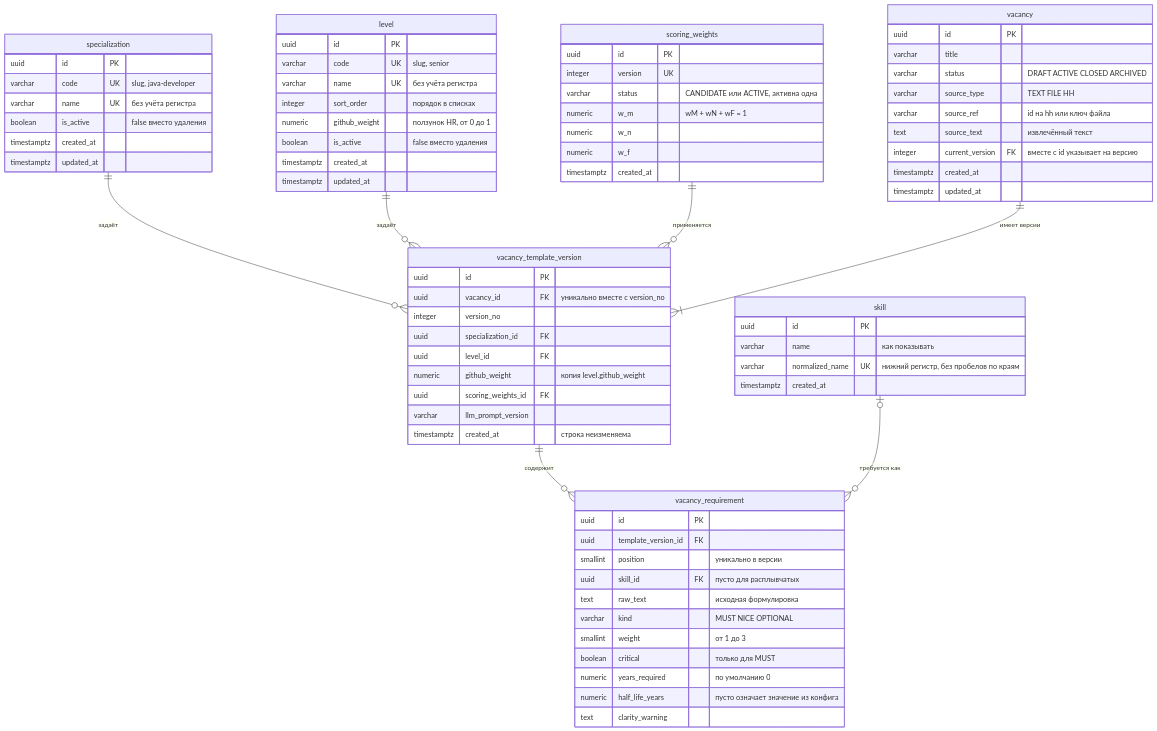
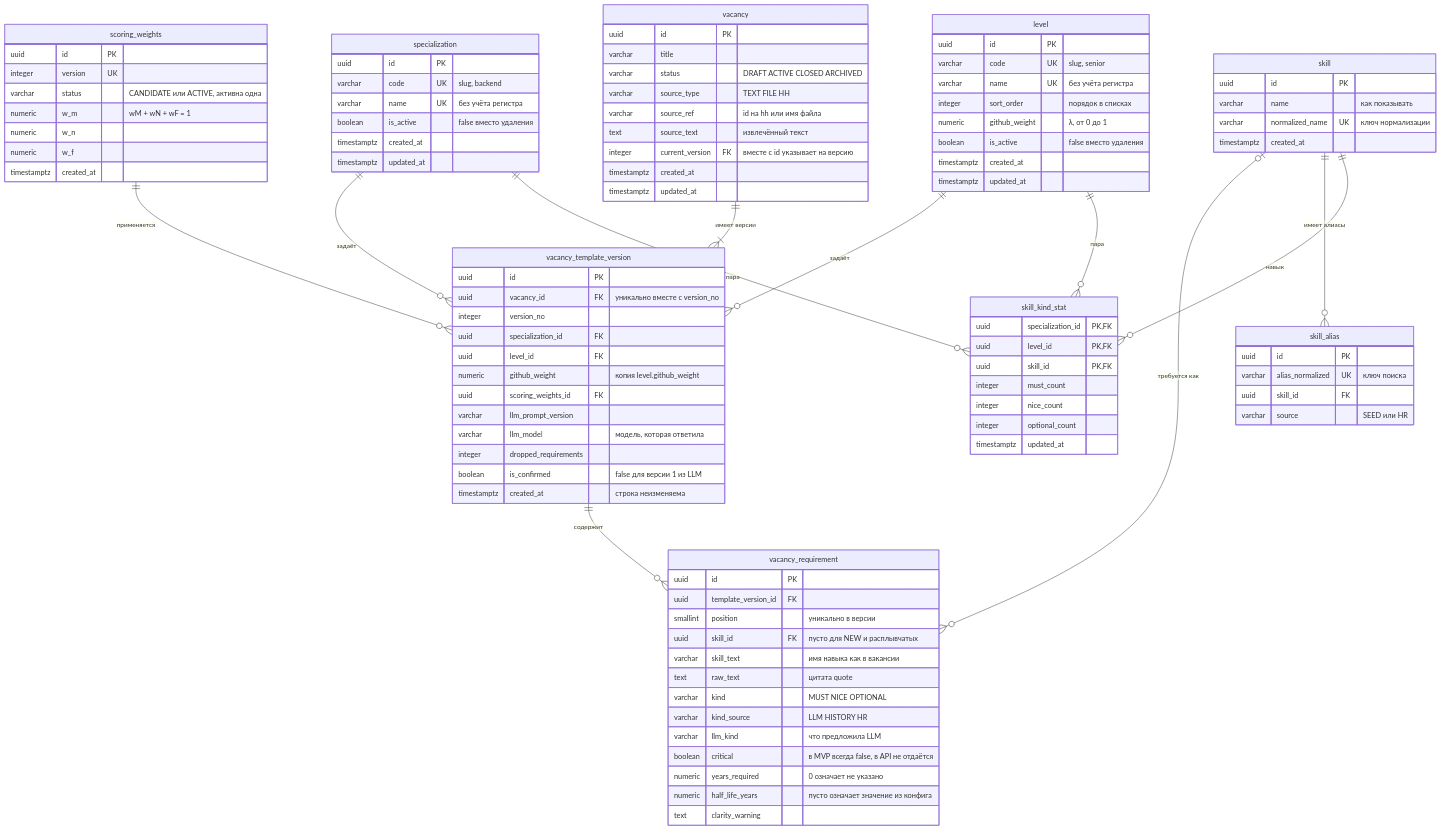
Before and after one commit to MiZentUi/tracing_ats: the diagram in docs/vacancy-data-model.md, drawn with Mermaid. The commit also changed other lines of this file and 137 other files, not shown here.

First line of the commit message:
feat(vacancy-service)!: добавить MVP шаблона вакансии с типами навыков

```diff
--- a/docs/vacancy-data-model.md
+++ b/docs/vacancy-data-model.md
@@ -14,10 +16,14 @@
     vacancy ||--|{ vacancy_template_version : "имеет версии"
     vacancy_template_version ||--o{ vacancy_requirement : "содержит"
     skill |o--o{ vacancy_requirement : "требуется как"
+    skill ||--o{ skill_alias : "имеет алиасы"
+    specialization ||--o{ skill_kind_stat : "пара"
+    level ||--o{ skill_kind_stat : "пара"
+    skill ||--o{ skill_kind_stat : "навык"
 
     specialization {
         uuid id PK
-        varchar code UK "slug, java-developer"
+        varchar code UK "slug, backend"
         varchar name UK "без учёта регистра"
         boolean is_active "false вместо удаления"
         timestamptz created_at
@@ -29,7 +35,7 @@
         varchar code UK "slug, senior"
         varchar name UK "без учёта регистра"
         integer sort_order "порядок в списках"
-        numeric github_weight "ползунок HR, от 0 до 1"
+        numeric github_weight "λ, от 0 до 1"
         boolean is_active "false вместо удаления"
         timestamptz created_at
         timestamptz updated_at
@@ -48,8 +54,25 @@
     skill {
         uuid id PK
         varchar name "как показывать"
-        varchar normalized_name UK "нижний регистр, без пробелов по краям"
+        varchar normalized_name UK "ключ нормализации"
         timestamptz created_at
+    }
+
+    skill_alias {
+        uuid id PK
+        varchar alias_normalized UK "ключ поиска"
+        uuid skill_id FK
+        varchar source "SEED или HR"
+    }
+
+    skill_kind_stat {
+        uuid specialization_id PK,FK
+        uuid level_id PK,FK
+        uuid skill_id PK,FK
+        integer must_count
+        integer nice_count
+        integer optional_count
+        timestamptz updated_at
     }
 
     vacancy {
@@ -57,7 +80,7 @@
         varchar title
         varchar status "DRAFT ACTIVE CLOSED ARCHIVED"
         varchar source_type "TEXT FILE HH"
-        varchar source_ref "id на hh или ключ файла"
+        varchar source_ref "id на hh или имя файла"
         text source_text "извлечённый текст"
         integer current_version FK "вместе с id указывает на версию"
         timestamptz created_at
@@ -73,6 +96,9 @@
         numeric github_weight "копия level.github_weight"
         uuid scoring_weights_id FK
         varchar llm_prompt_version
+        varchar llm_model "модель, которая ответила"
+        integer dropped_requirements
+        boolean is_confirmed "false для версии 1 из LLM"
         timestamptz created_at "строка неизменяема"
     }
 
@@ -80,12 +106,14 @@
         uuid id PK
         uuid template_version_id FK
         smallint position "уникально в версии"
-        uuid skill_id FK "пусто для расплывчатых"
-        text raw_text "исходная формулировка"
+        uuid skill_id FK "пусто для NEW и расплывчатых"
+        varchar skill_text "имя навыка как в вакансии"
+        text raw_text "цитата quote"
         varchar kind "MUST NICE OPTIONAL"
-        smallint weight "от 1 до 3"
-        boolean critical "только для MUST"
-        numeric years_required "по умолчанию 0"
+        varchar kind_source "LLM HISTORY HR"
+        varchar llm_kind "что предложила LLM"
+        boolean critical "в MVP всегда false, в API не отдаётся"
+        numeric years_required "0 означает не указано"
         numeric half_life_years "пусто означает значение из конфига"
         text clarity_warning
     }
```
